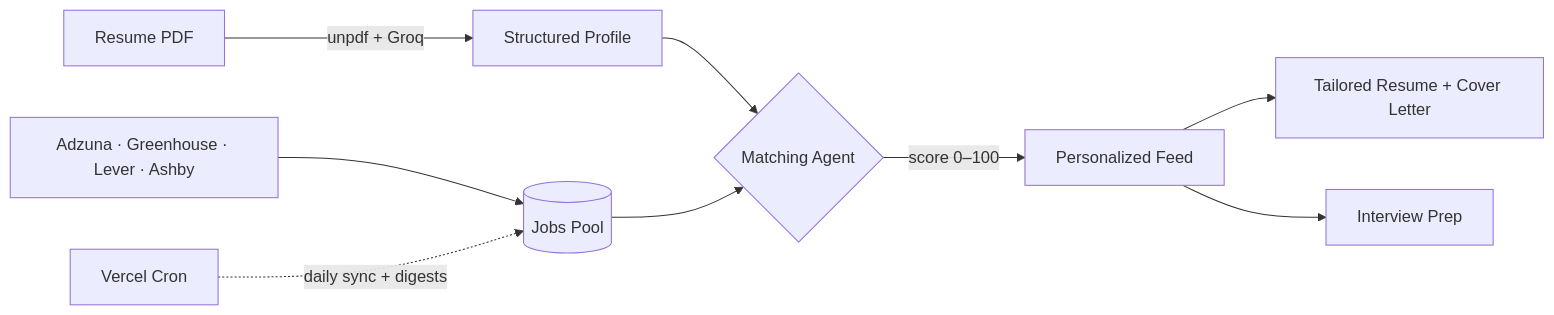
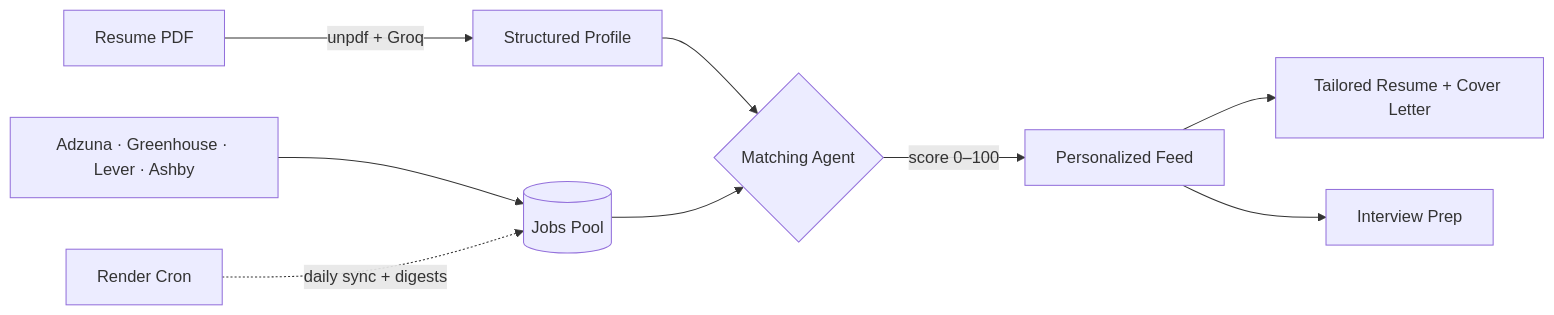
Before and after one commit to withhumanrevenge-cyber/JobAgents: the diagram in README.md, drawn with Mermaid. The commit also changed other lines of this file and 170 other files, not shown here.

````diff
--- a/README.md
+++ b/README.md
@@ -65,11 +66,11 @@
 ```mermaid
 flowchart LR
     R["Resume PDF"] -->|unpdf + Groq| P["Structured Profile"]
     SRC["Adzuna · Greenhouse · Lever · Ashby"] --> POOL[("Jobs Pool")]
     P --> MA{"Matching Agent"}
     POOL --> MA
     MA -->|"score 0–100"| FEED["Personalized Feed"]
     FEED --> SA["Tailored Resume + Cover Letter"]
     FEED --> IV["Interview Prep"]
-    CRON["Vercel Cron"] -.->|"daily sync + digests"| POOL
+    CRON["Render Cron"] -.->|"daily sync + digests"| POOL
 ```
````
